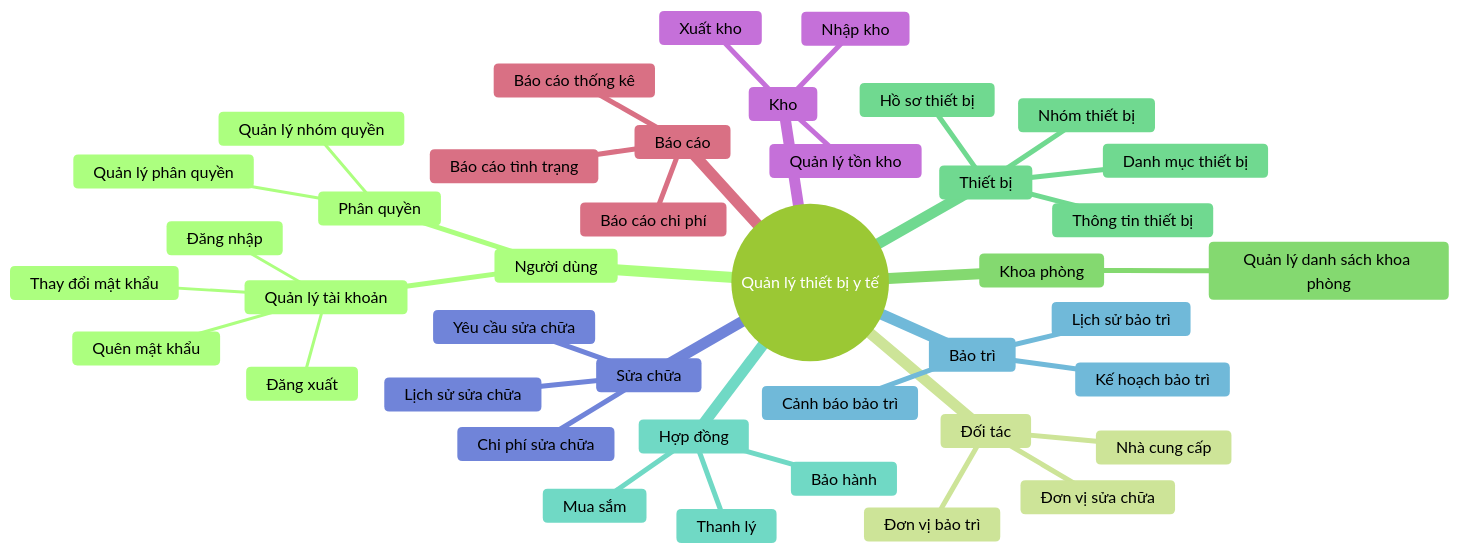
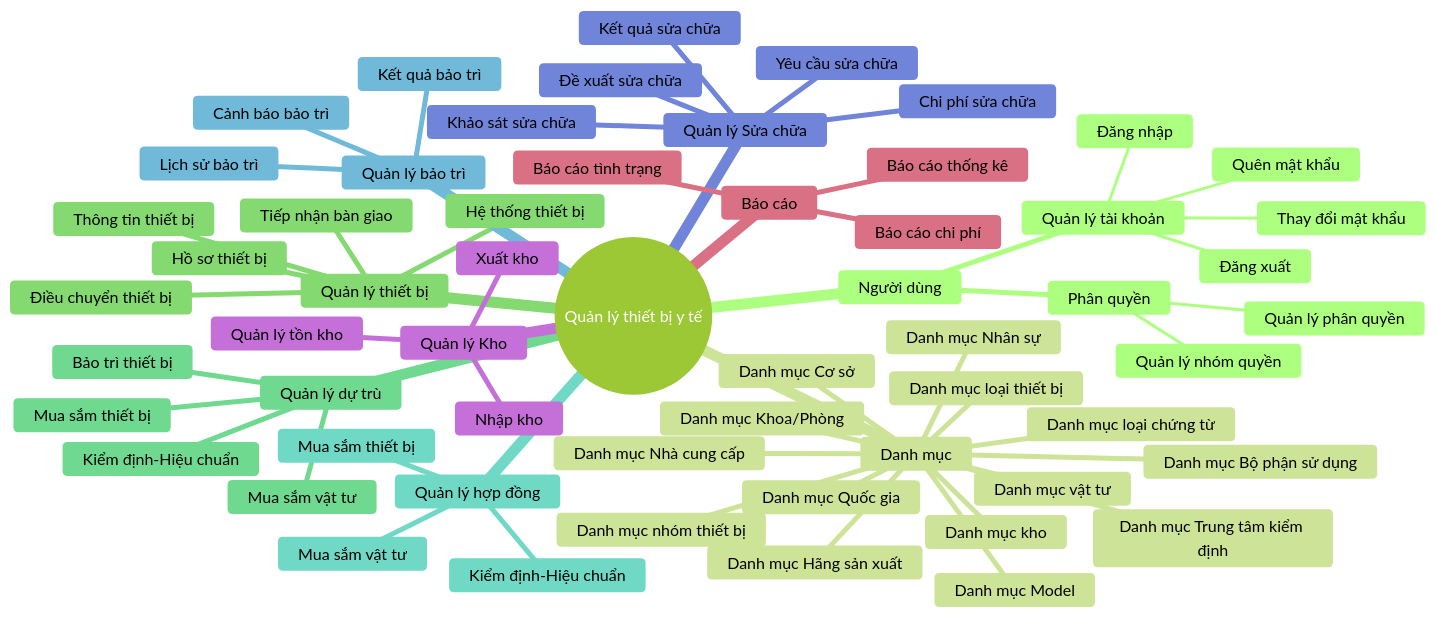
One commit to nthanhdo/mems-brainstorm changed the diagram in mindmap.md. Above: the diagram before and after it, drawn with Mermaid (forest theme).

````diff
--- a/mindmap.md
+++ b/mindmap.md
@@ -1,50 +1,72 @@
 ```mermaid
 mindmap
   root((Quản lý thiết bị y tế))
     Người dùng
       Quản lý tài khoản
          Đăng nhập
          Đăng xuất
          Thay đổi mật khẩu
          Quên mật khẩu
          
       Phân quyền
          Quản lý nhóm quyền
          Quản lý phân quyền
 
-    Đối tác
-      Nhà cung cấp
-      Đơn vị bảo trì
-      Đơn vị sửa chữa
-    Khoa phòng
-      Quản lý danh sách khoa phòng
-      
-    Thiết bị
-      Nhóm thiết bị
-      Danh mục thiết bị
+    Danh mục
+      Danh mục Cơ sở
+      Danh mục Khoa/Phòng
+      Danh mục Bộ phận sử dụng 
+      Danh mục Nhân sự
+      Danh mục Quốc gia
+      Danh mục Hãng sản xuất
+      Danh mục Model
+      Danh mục kho
+      Danh mục Nhà cung cấp
+      Danh mục Trung tâm kiểm định
+      Danh mục nhóm thiết bị
+      Danh mục loại thiết bị
+      Danh mục vật tư
+      Danh mục loại chứng từ
+
+    Quản lý thiết bị
       Thông tin thiết bị
       Hồ sơ thiết bị
+      Hệ thống thiết bị
+      Tiếp nhận bàn giao
+      Điều chuyển thiết bị
 
-    Hợp đồng
-      Mua sắm
-      Bảo hành
-      Thanh lý
-    Bảo trì
-      Kế hoạch bảo trì
+    Quản lý dự trù
+      Mua sắm thiết bị
+      Mua sắm vật tư
+      Bảo trì thiết bị
+      Kiểm định-Hiệu chuẩn
+
+    Quản lý hợp đồng
+      Mua sắm thiết bị
+      Mua sắm vật tư
+      Kiểm định-Hiệu chuẩn
+      
+    Quản lý bảo trì
+      Kết quả bảo trì
       Lịch sử bảo trì
       Cảnh báo bảo trì
-    Sửa chữa
+
+    Quản lý Sửa chữa
       Yêu cầu sửa chữa
-      Lịch sử sửa chữa
+      Khảo sát sửa chữa
+      Đề xuất sửa chữa
+      Kết quả sửa chữa
       Chi phí sửa chữa
-    Kho
+
+    Quản lý Kho
       Quản lý tồn kho
       Nhập kho
       Xuất kho
+
     Báo cáo
       Báo cáo thống kê
       Báo cáo tình trạng
       Báo cáo chi phí
    
 
 ```
````
